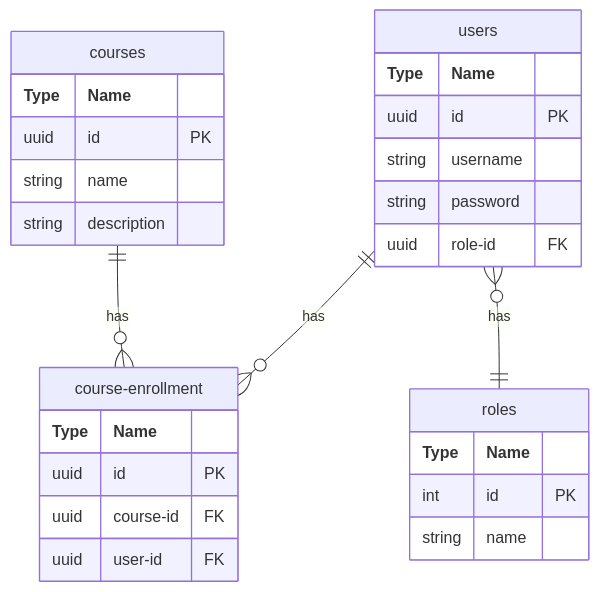
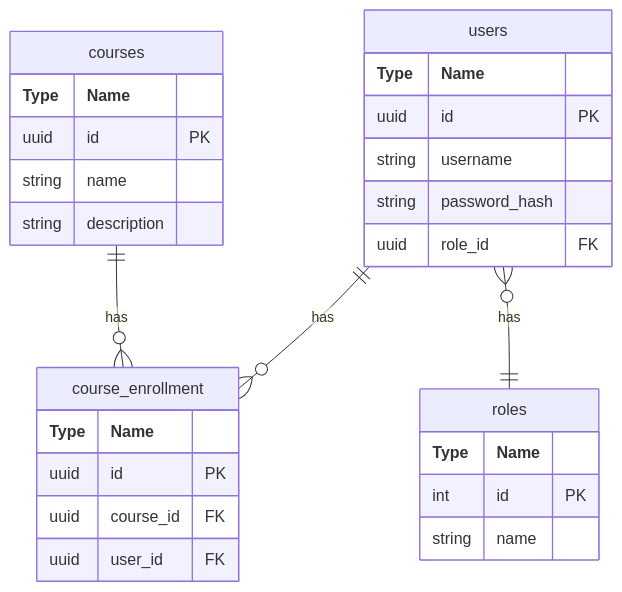
Before and after one commit to SamDalmon/Project-2-LMS: the diagram in README.md, drawn with Mermaid.

Commit message:
Fix formatting issues in database structure documentation

````diff
--- a/README.md
+++ b/README.md
@@ -9,35 +9,35 @@
 ```mermaid
   erDiagram
-    courses ||--o{ course-enrollment : has
-    users ||--o{ course-enrollment : has
+    courses ||--o{ course_enrollment : has
+    users ||--o{ course_enrollment : has
     users }o--|| roles : has
 
     courses {
       **Type** **Name**
       uuid id PK
       string name
       string description
     }
 
-    course-enrollment {
+    course_enrollment {
       **Type** **Name**
       uuid id PK
-      uuid course-id FK
-      uuid user-id FK
+      uuid course_id FK
+      uuid user_id FK
     }
     
     users {
       **Type** **Name**
       uuid id PK
       string username
-      string password
-     uuid role-id FK
+      string password_hash
+     uuid role_id FK
     }
 
     roles {
       **Type** **Name**
       int id PK
       string name
     }
     
 ```
````
